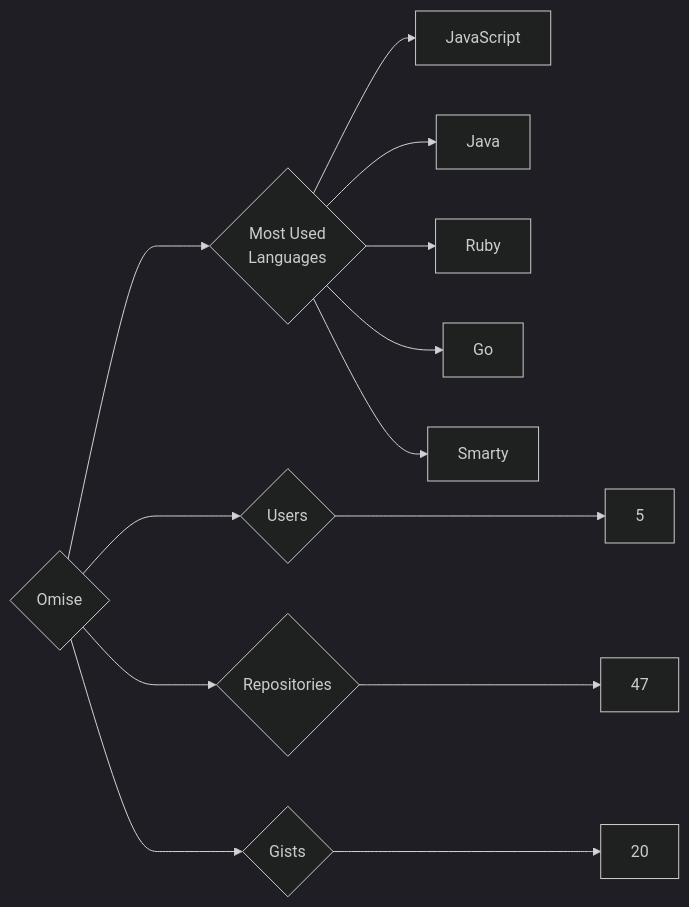
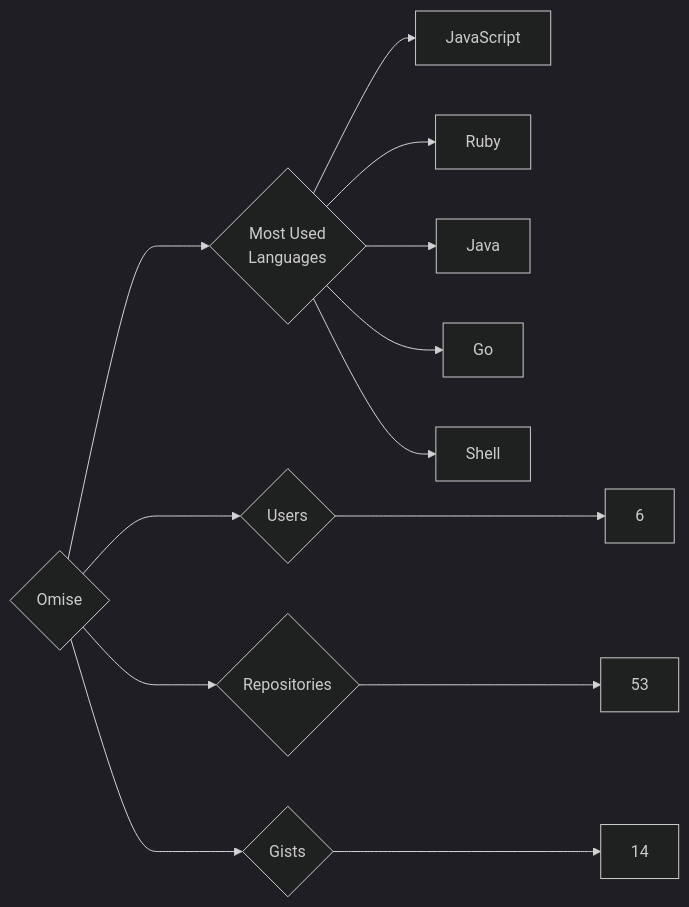
Before and after one commit to trickest/insiders: the diagram in targets/Omise/README.md, drawn with Mermaid (dark theme). The commit also changed 964 other files, not shown here.

````diff
--- a/targets/Omise/README.md
+++ b/targets/Omise/README.md
@@ -3,13 +3,13 @@
 ```mermaid
 graph LR
 COMPANY_NAME{Omise}
-COMPANY_NAME ---> U{Users} ---> UN[5]
-COMPANY_NAME ---> R{Repositories} ---> RN[47]
-COMPANY_NAME ---> G{Gists} ---> GN[20]
+COMPANY_NAME ---> U{Users} ---> UN[6]
+COMPANY_NAME ---> R{Repositories} ---> RN[53]
+COMPANY_NAME ---> G{Gists} ---> GN[14]
 COMPANY_NAME ---> ML{Most Used<br>Languages}
 ML --> JavaScript[JavaScript]
+ML --> Ruby[Ruby]
 ML --> Java[Java]
-ML --> Ruby[Ruby]
 ML --> Go[Go]
-ML --> Smarty[Smarty]
+ML --> Shell[Shell]
 ```
````
